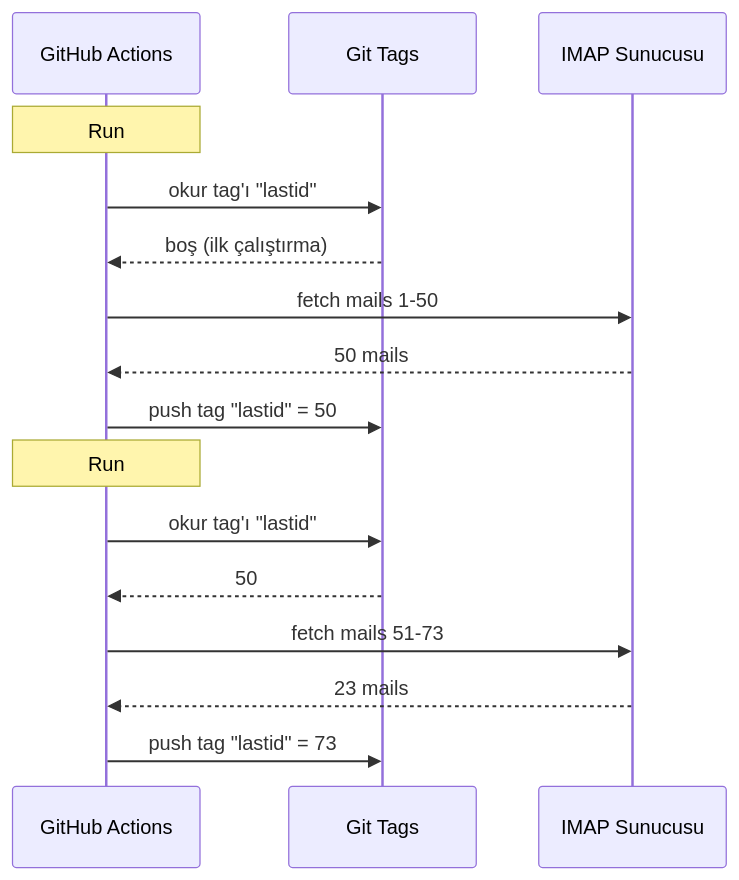
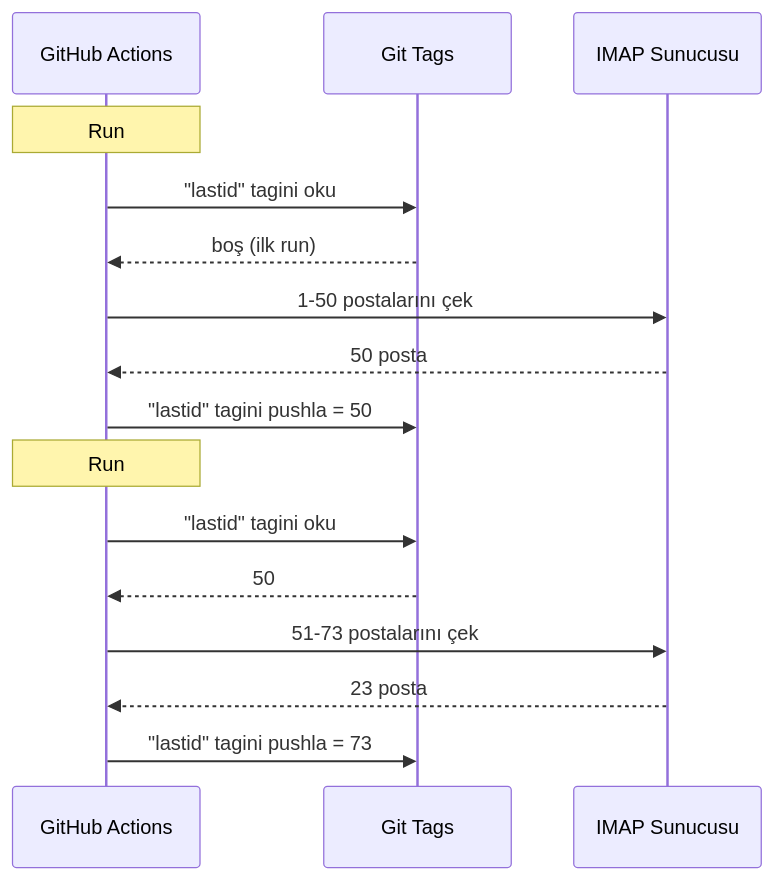
One commit to fox3000foxy/fox3000foxy.github.io changed the diagram in public/articles/tr/email-autoreply.md. Above: the diagram before and after it, drawn with Mermaid. The commit also changed other lines of this file and 576 other files, not shown here.

````diff
--- a/public/articles/tr/email-autoreply.md
+++ b/public/articles/tr/email-autoreply.md
@@ -62,20 +61,20 @@
 ```mermaid
 sequenceDiagram
     participant GH as GitHub Actions
     participant GIT as Git Tags
     participant IMAP as IMAP Sunucusu
     
     Note over GH: Run #1
-    GH->>GIT: okur tag'ı "lastid"
-    GIT-->>GH: boş (ilk çalıştırma)
-    GH->>IMAP: fetch mails 1-50
-    IMAP-->>GH: 50 mails
-    GH->>GIT: push tag "lastid" = 50
+    GH->>GIT: "lastid" tagini oku
+    GIT-->>GH: boş (ilk run)
+    GH->>IMAP: 1-50 postalarını çek
+    IMAP-->>GH: 50 posta
+    GH->>GIT: "lastid" tagini pushla = 50
     
     Note over GH: Run #2
-    GH->>GIT: okur tag'ı "lastid"
+    GH->>GIT: "lastid" tagini oku
     GIT-->>GH: 50
-    GH->>IMAP: fetch mails 51-73
-    IMAP-->>GH: 23 mails
-    GH->>GIT: push tag "lastid" = 73
+    GH->>IMAP: 51-73 postalarını çek
+    IMAP-->>GH: 23 posta
+    GH->>GIT: "lastid" tagini pushla = 73
 ```
````
